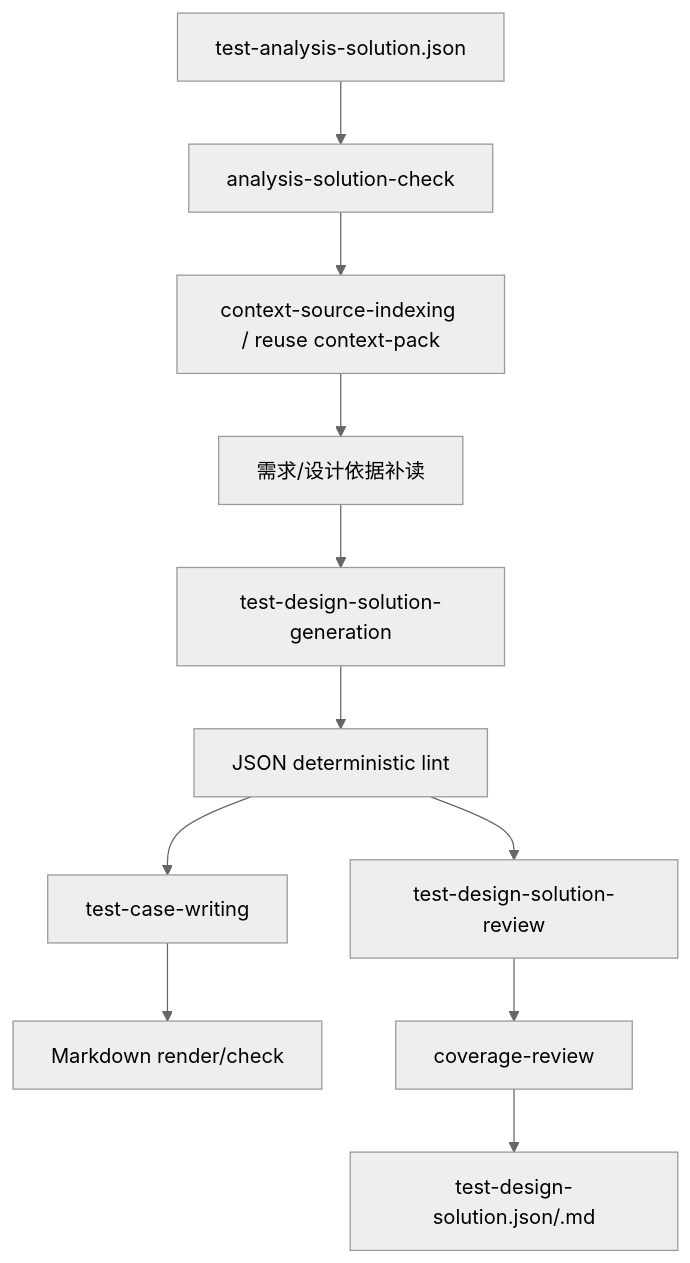
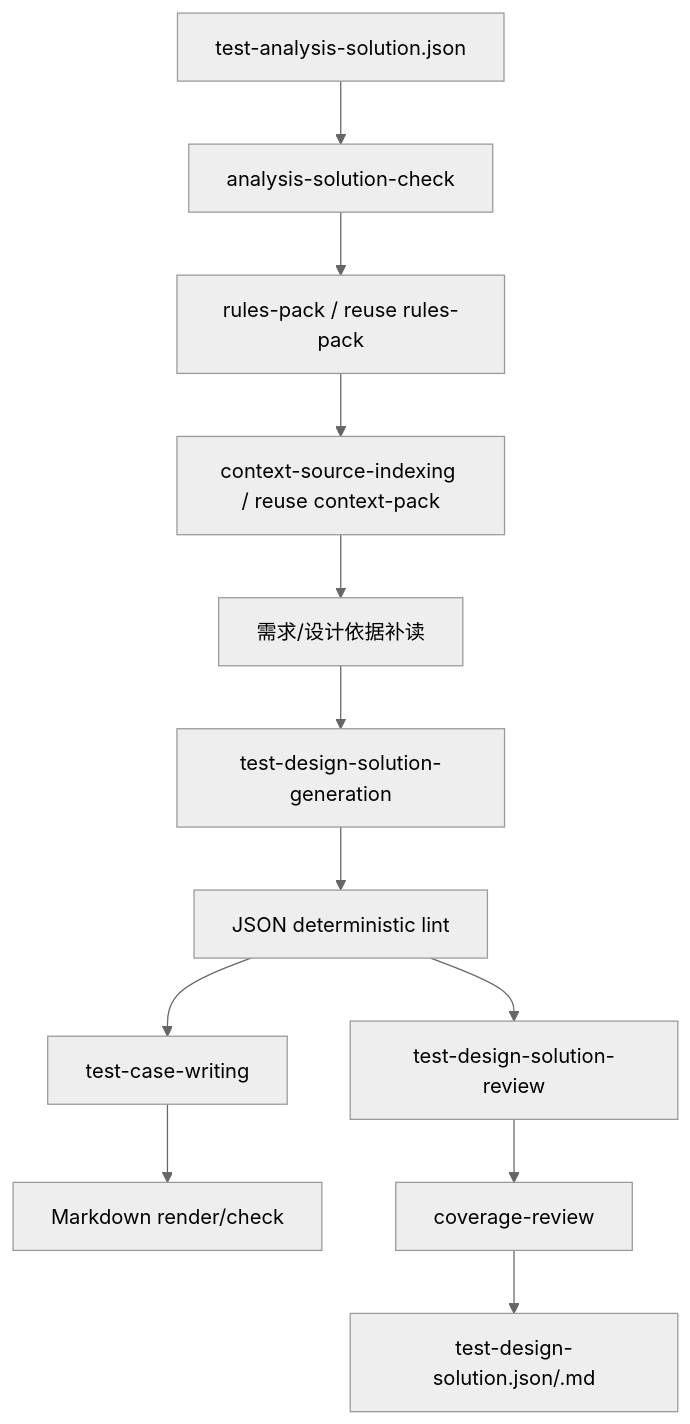
One commit to szluoqy-byte/Test-Analysis-Agent-MM changed the diagram in docs/test-design-agent-design.md. Above: the diagram before and after it, drawn with Mermaid (neutral theme). The commit also changed other lines of this file and 79 other files, not shown here.

Commit message:
feat: add rules pack enforcement flow

````diff
--- a/docs/test-design-agent-design.md
+++ b/docs/test-design-agent-design.md
@@ -11,13 +11,14 @@
 ```mermaid
 flowchart TD
   analysis["test-analysis-solution.json"] --> check["analysis-solution-check"]
-  check --> context["context-source-indexing / reuse context-pack"]
+  check --> rules["rules-pack / reuse rules-pack"]
+  rules --> context["context-source-indexing / reuse context-pack"]
   context --> basis["需求/设计依据补读"]
   basis --> generation["test-design-solution-generation"]
   generation --> jsonlint["JSON deterministic lint"]
   jsonlint --> writing["test-case-writing"]
   writing --> lint["Markdown render/check"]
   jsonlint --> review["test-design-solution-review"]
   review --> coverage["coverage-review"]
   coverage --> output["test-design-solution.json/.md"]
 ```
````
